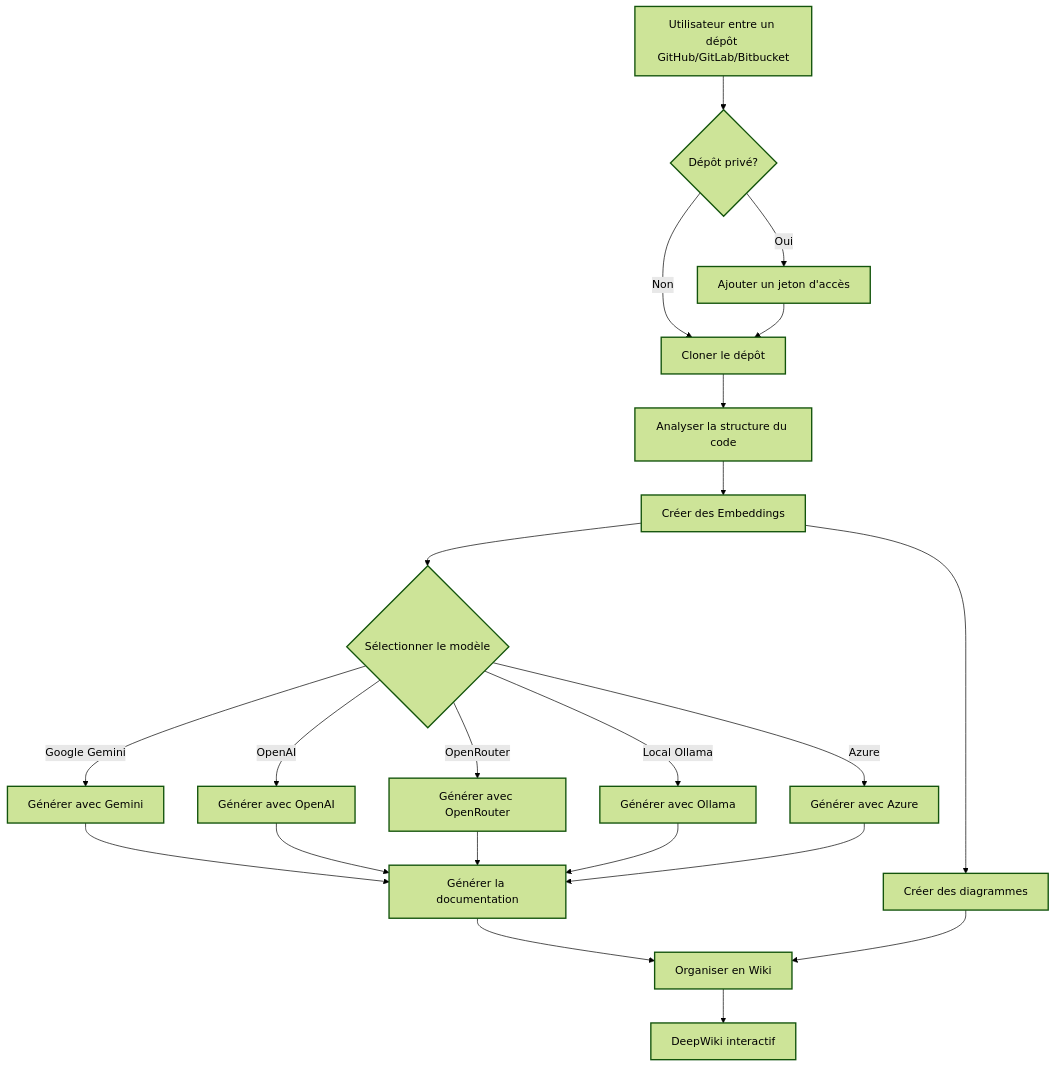
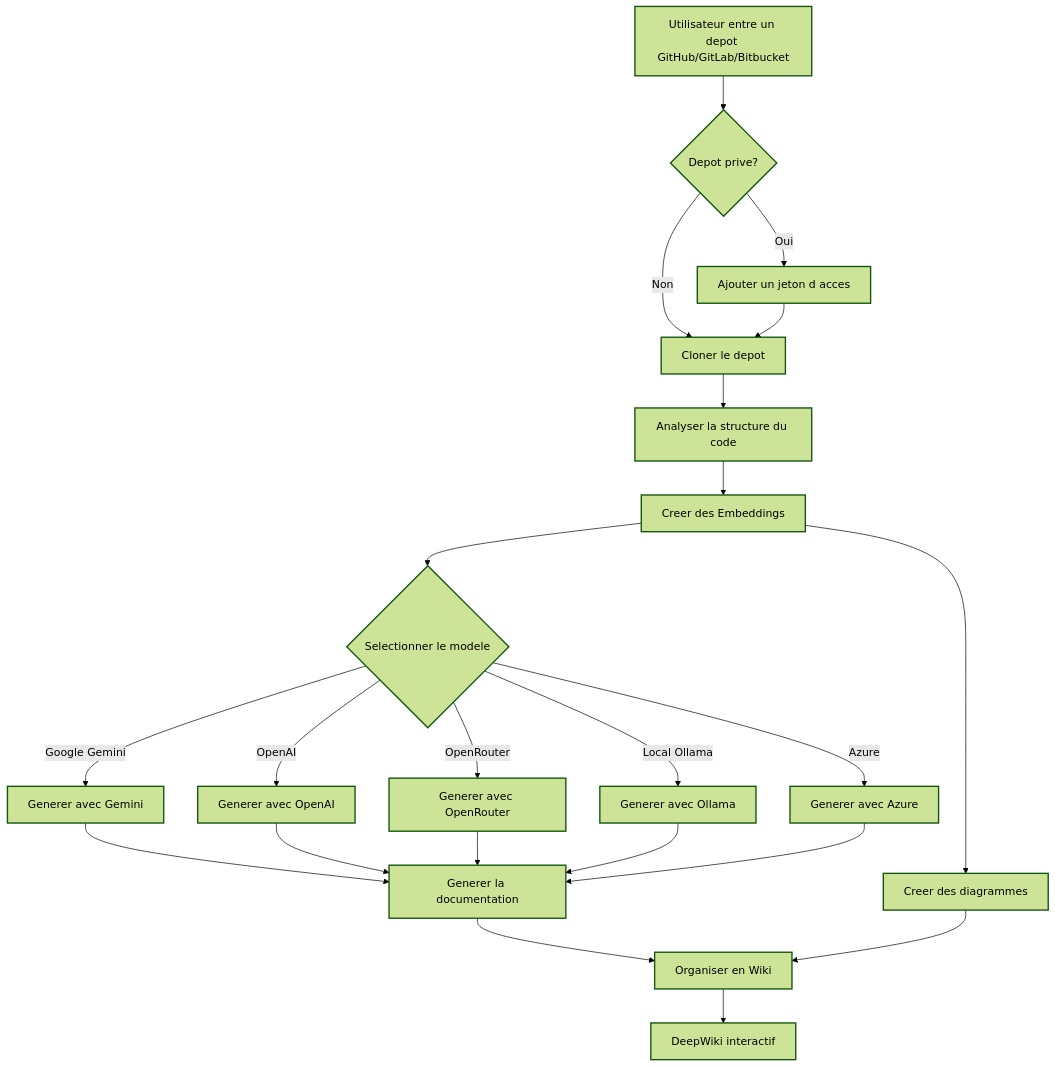
The diagram in README.fr.md (mucsbr/deepwiki-open), drawn with Mermaid (forest theme) before and after one commit. The commit also changed other lines of this file and 3 other files, not shown here.

````diff
--- a/README.fr.md
+++ b/README.fr.md
@@ -135,37 +149,37 @@
 ```mermaid
 graph TD
-    A[Utilisateur entre un dépôt GitHub/GitLab/Bitbucket] --> AA{Dépôt privé?}
-    AA -->|Oui| AB[Ajouter un jeton d'accès]
-    AA -->|Non| B[Cloner le dépôt]
+    A[Utilisateur entre un depot GitHub/GitLab/Bitbucket] --> AA{Depot prive?}
+    AA -->|Oui| AB[Ajouter un jeton d acces]
+    AA -->|Non| B[Cloner le depot]
     AB --> B
     B --> C[Analyser la structure du code]
-    C --> D[Créer des Embeddings]
+    C --> D[Creer des Embeddings]
 
-    D --> M{Sélectionner le modèle}
-    M -->|Google Gemini| E1[Générer avec Gemini]
-    M -->|OpenAI| E2[Générer avec OpenAI]
-    M -->|OpenRouter| E3[Générer avec OpenRouter]
-    M -->|Local Ollama| E4[Générer avec Ollama]
-    M -->|Azure| E5[Générer avec Azure]
+    D --> M{Selectionner le modele}
+    M -->|Google Gemini| E1[Generer avec Gemini]
+    M -->|OpenAI| E2[Generer avec OpenAI]
+    M -->|OpenRouter| E3[Generer avec OpenRouter]
+    M -->|Local Ollama| E4[Generer avec Ollama]
+    M -->|Azure| E5[Generer avec Azure]
 
-    E1 --> E[Générer la documentation]
+    E1 --> E[Generer la documentation]
     E2 --> E
     E3 --> E
     E4 --> E
     E5 --> E
 
-    D --> F[Créer des diagrammes]
+    D --> F[Creer des diagrammes]
     E --> G[Organiser en Wiki]
     F --> G
     G --> H[DeepWiki interactif]
 
     classDef process stroke-width:2px;
     classDef data stroke-width:2px;
     classDef result stroke-width:2px;
     classDef decision stroke-width:2px;
 
     class A,D data;
     class AA,M decision;
     class B,C,E,F,G,AB,E1,E2,E3,E4,E5 process;
     class H result;
 ```
````
